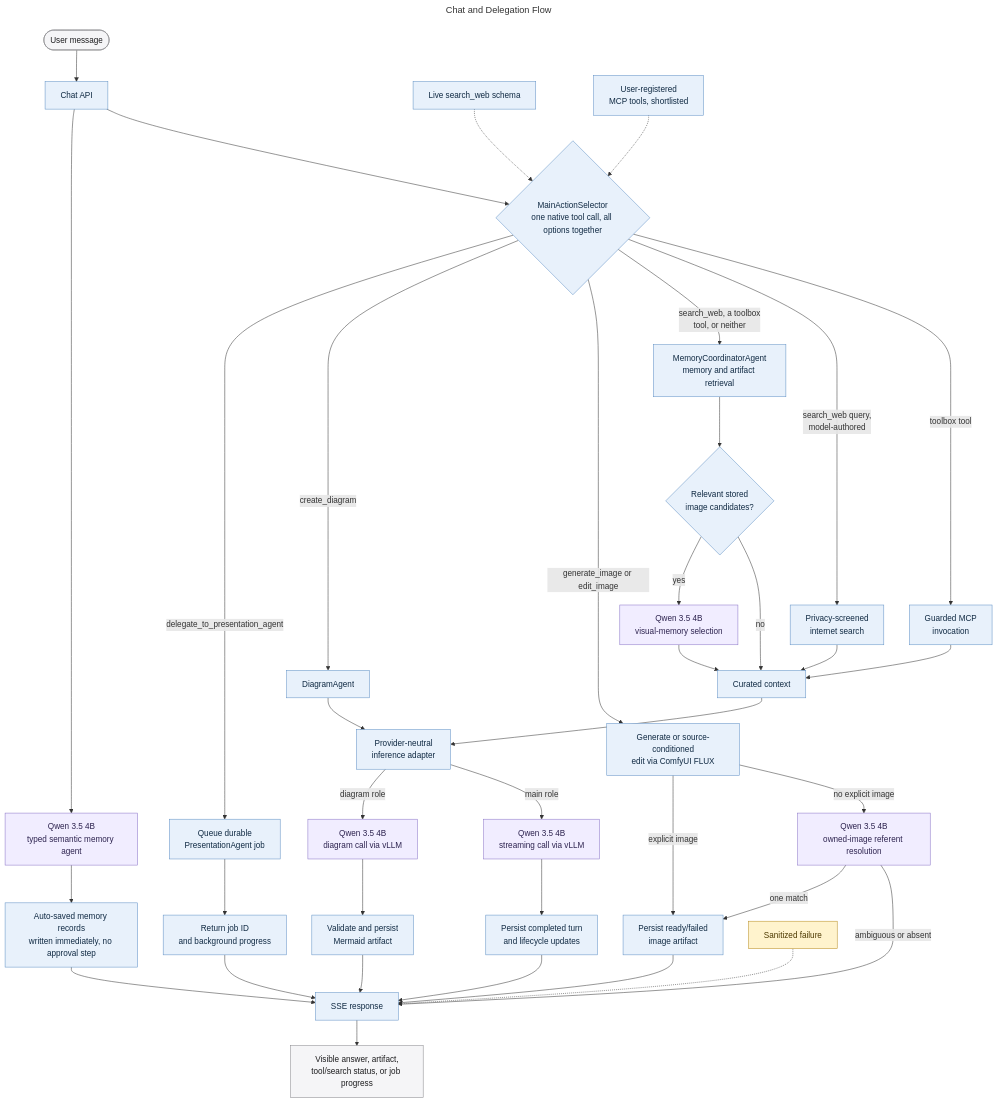
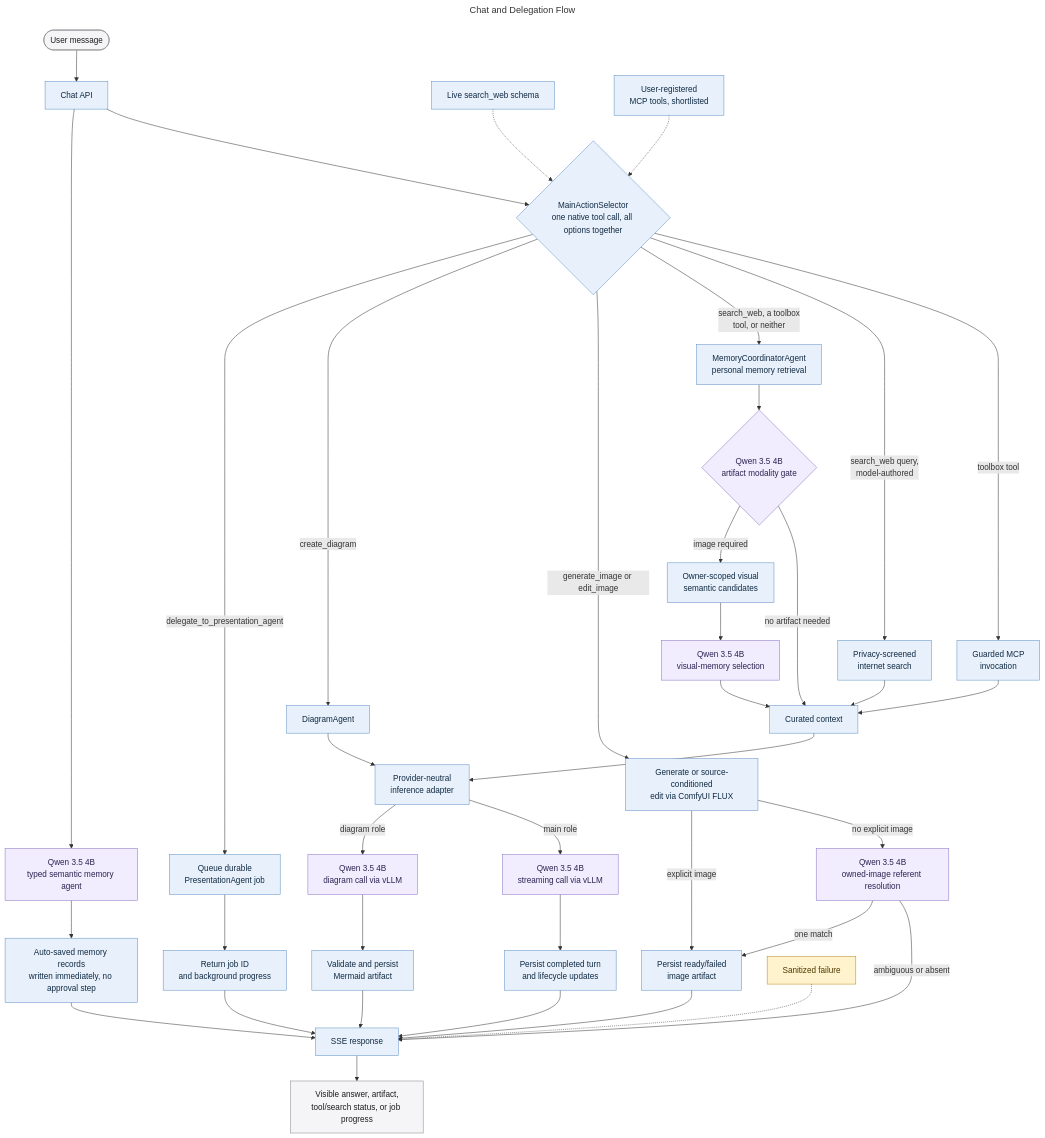
The diagram in docs/diagrams/chat-orchestration.mmd (MallyaAni/PersonalAssistant), drawn with Mermaid before and after one commit. The commit also changed 31 other files, not shown here.

First line of the commit message:
Gate artifact recall by modality, and stop re-asking for finished setup

```diff
--- a/docs/diagrams/chat-orchestration.mmd
+++ b/docs/diagrams/chat-orchestration.mmd
@@ -1,56 +1,57 @@
 ---
 title: Chat and Delegation Flow
 ---
 flowchart TB
     User([User message]) --> API[Chat API]
     API --> Interest[Qwen 3.5 4B<br/>typed semantic memory agent]
     Interest --> Proposal[Auto-saved memory records<br/>written immediately, no approval step]
     API --> Selector{MainActionSelector<br/>one native tool call, all options together}
     Search_Tool[Live search_web schema] -.-> Selector
     Toolbox[User-registered<br/>MCP tools, shortlisted] -.-> Selector
 
     Selector -->|delegate_to_presentation_agent| Presentation[Queue durable<br/>PresentationAgent job]
     Presentation --> Progress[Return job ID<br/>and background progress]
 
     Selector -->|create_diagram| Diagram[DiagramAgent]
     Diagram --> Inference[Provider-neutral<br/>inference adapter]
     Inference -->|diagram role| DiagramModel[Qwen 3.5 4B<br/>diagram call via vLLM]
     DiagramModel --> Artifact[Validate and persist<br/>Mermaid artifact]
 
     Selector -->|generate_image or edit_image| ImageAction[Generate or source-conditioned<br/>edit via ComfyUI FLUX]
     ImageAction -->|explicit image| ImageArtifact[Persist ready/failed<br/>image artifact]
     ImageAction -->|no explicit image| Referent[Qwen 3.5 4B<br/>owned-image referent resolution]
     Referent -->|one match| ImageArtifact
     Referent -->|ambiguous or absent| Stream
 
-    Selector -->|search_web, a toolbox<br/>tool, or neither| Memory[MemoryCoordinatorAgent<br/>memory and artifact retrieval]
-    Memory --> Visual{Relevant stored<br/>image candidates?}
-    Visual -->|yes| VisualPolicy[Qwen 3.5 4B<br/>visual-memory selection]
-    Visual -->|no| Context[Curated context]
+    Selector -->|search_web, a toolbox<br/>tool, or neither| Memory[MemoryCoordinatorAgent<br/>personal memory retrieval]
+    Memory --> ArtifactGate{Qwen 3.5 4B<br/>artifact modality gate}
+    ArtifactGate -->|image required| Visual[Owner-scoped visual<br/>semantic candidates]
+    ArtifactGate -->|no artifact needed| Context[Curated context]
+    Visual --> VisualPolicy[Qwen 3.5 4B<br/>visual-memory selection]
     VisualPolicy --> Context
     Selector -->|search_web query,<br/>model-authored| Search[Privacy-screened<br/>internet search]
     Selector -->|toolbox tool| MCP[Guarded MCP<br/>invocation]
     MCP --> Context
     Search --> Context
 
     Context --> Inference
     Inference -->|main role| Main[Qwen 3.5 4B<br/>streaming call via vLLM]
     Main --> Persist[Persist completed turn<br/>and lifecycle updates]
     Persist --> Stream[SSE response]
     Proposal --> Stream
 
     Artifact --> Stream
     ImageArtifact --> Stream
     Progress --> Stream
     Stream --> UI[Visible answer, artifact,<br/>tool/search status, or job progress]
 
     Failure[Sanitized failure] -.-> Stream
 
     classDef interface fill:#f5f5f7,stroke:#86868b,color:#1d1d1f;
     classDef application fill:#e8f1fb,stroke:#5e8fc4,color:#102a43;
     classDef model fill:#f1edff,stroke:#8872c6,color:#2e2450;
     classDef failure fill:#fff3cd,stroke:#b78b20,color:#4d3900;
     class User,UI interface;
     class API,Selector,Search_Tool,Toolbox,Presentation,Progress,Diagram,Artifact,ImageAction,ImageArtifact,Memory,Visual,MCP,Search,Context,Inference,Persist,Stream,Proposal application;
-    class Main,DiagramModel,Interest,VisualPolicy,Referent model;
+    class Main,DiagramModel,Interest,ArtifactGate,VisualPolicy,Referent model;
     class Failure failure;
```
